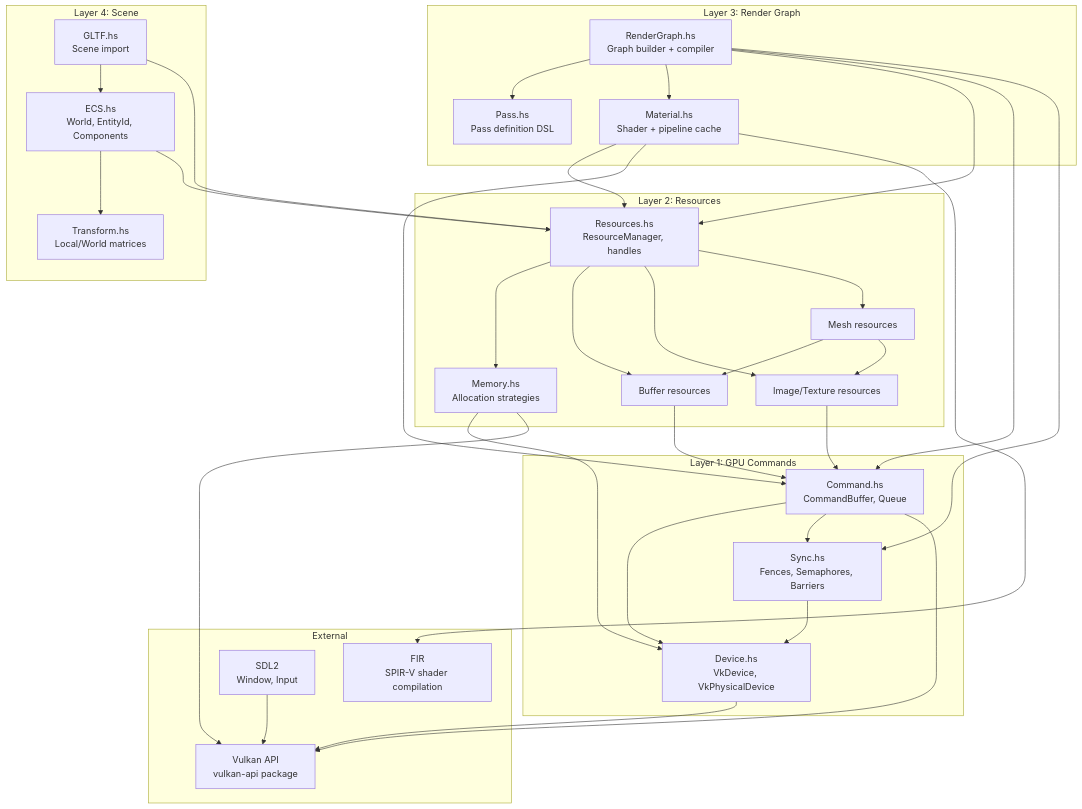
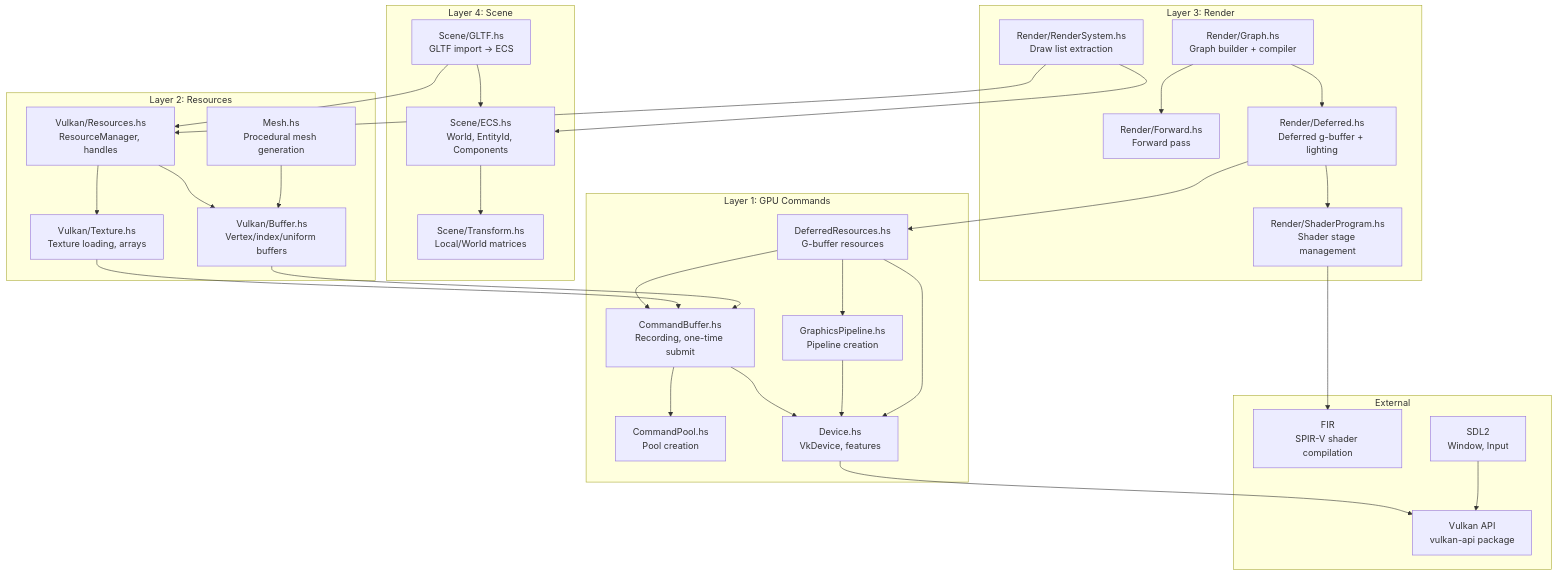
Before and after one commit to omgbebebe/haskan2: the diagram in roadmap/subsystem-diagram.md, drawn with Mermaid. The commit also changed other lines of this file and 31 other files, not shown here.

````diff
--- a/roadmap/subsystem-diagram.md
+++ b/roadmap/subsystem-diagram.md
@@ -5,70 +5,66 @@
 ```mermaid
 graph TB
     subgraph "Layer 4: Scene"
-        ECS[ECS.hs<br/>World, EntityId, Components]
-        Transform[Transform.hs<br/>Local/World matrices]
-        GLTF[GLTF.hs<br/>Scene import]
+        ECS[Scene/ECS.hs<br/>World, EntityId, Components]
+        Transform[Scene/Transform.hs<br/>Local/World matrices]
+        GLTF[Scene/GLTF.hs<br/>GLTF import → ECS]
     end
 
-    subgraph "Layer 3: Render Graph"
-        RG[RenderGraph.hs<br/>Graph builder + compiler]
-        Pass[Pass.hs<br/>Pass definition DSL]
-        Material[Material.hs<br/>Shader + pipeline cache]
+    subgraph "Layer 3: Render"
+        RG[Render/Graph.hs<br/>Graph builder + compiler]
+        Forward[Render/Forward.hs<br/>Forward pass]
+        Deferred[Render/Deferred.hs<br/>Deferred g-buffer + lighting]
+        RS[Render/RenderSystem.hs<br/>Draw list extraction]
+        SP[Render/ShaderProgram.hs<br/>Shader stage management]
     end
 
     subgraph "Layer 2: Resources"
-        RM[Resources.hs<br/>ResourceManager, handles]
-        Mem[Memory.hs<br/>Allocation strategies]
-        BufferRes[Buffer resources]
-        ImageRes[Image/Texture resources]
-        MeshRes[Mesh resources]
+        RM[Vulkan/Resources.hs<br/>ResourceManager, handles]
+        Texture[Vulkan/Texture.hs<br/>Texture loading, arrays]
+        Buffer[Vulkan/Buffer.hs<br/>Vertex/index/uniform buffers]
+        Mesh[Mesh.hs<br/>Procedural mesh generation]
     end
 
     subgraph "Layer 1: GPU Commands"
-        Cmd[Command.hs<br/>CommandBuffer, Queue]
-        Device[Device.hs<br/>VkDevice, VkPhysicalDevice]
-        Sync[Sync.hs<br/>Fences, Semaphores, Barriers]
+        Cmd[CommandBuffer.hs<br/>Recording, one-time submit]
+        CmdPool[CommandPool.hs<br/>Pool creation]
+        Device[Device.hs<br/>VkDevice, features]
+        Pipeline[GraphicsPipeline.hs<br/>Pipeline creation]
+        DR[DeferredResources.hs<br/>G-buffer resources]
     end
 
     subgraph "External"
         FIR[FIR<br/>SPIR-V shader compilation]
         Vulkan[Vulkan API<br/>vulkan-api package]
         SDL2[SDL2<br/>Window, Input]
     end
 
     ECS --> Transform
-    ECS --> RM
     GLTF --> ECS
     GLTF --> RM
 
-    RG --> Pass
-    RG --> Material
-    RG --> RM
-    RG --> Cmd
-    RG --> Sync
+    RG --> Forward
+    RG --> Deferred
+    Deferred --> DR
+    Deferred --> SP
+    RS --> ECS
+    RS --> RM
 
-    Material --> RM
-    Material --> Cmd
+    DR --> Pipeline
+    DR --> Cmd
 
-    RM --> Mem
-    RM --> BufferRes
-    RM --> ImageRes
-    RM --> MeshRes
+    RM --> Texture
+    RM --> Buffer
+    Texture --> Cmd
+    Buffer --> Cmd
+    Mesh --> Buffer
 
-    BufferRes --> Cmd
-    ImageRes --> Cmd
-    MeshRes --> BufferRes
-    MeshRes --> ImageRes
+    Cmd --> CmdPool
+    Cmd --> Device
+    Pipeline --> Device
+    DR --> Device
 
-    Cmd --> Device
-    Cmd --> Sync
-    Sync --> Device
-
-    Mem --> Device
-    Mem --> Vulkan
-
-    Material --> FIR
-    Cmd --> Vulkan
+    SP --> FIR
     Device --> Vulkan
     SDL2 --> Vulkan
 ```
````
